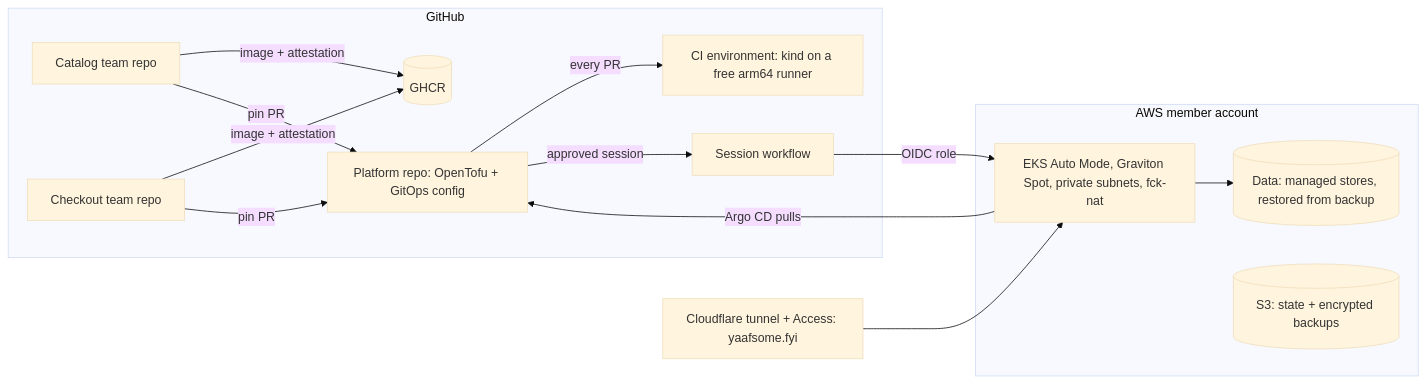
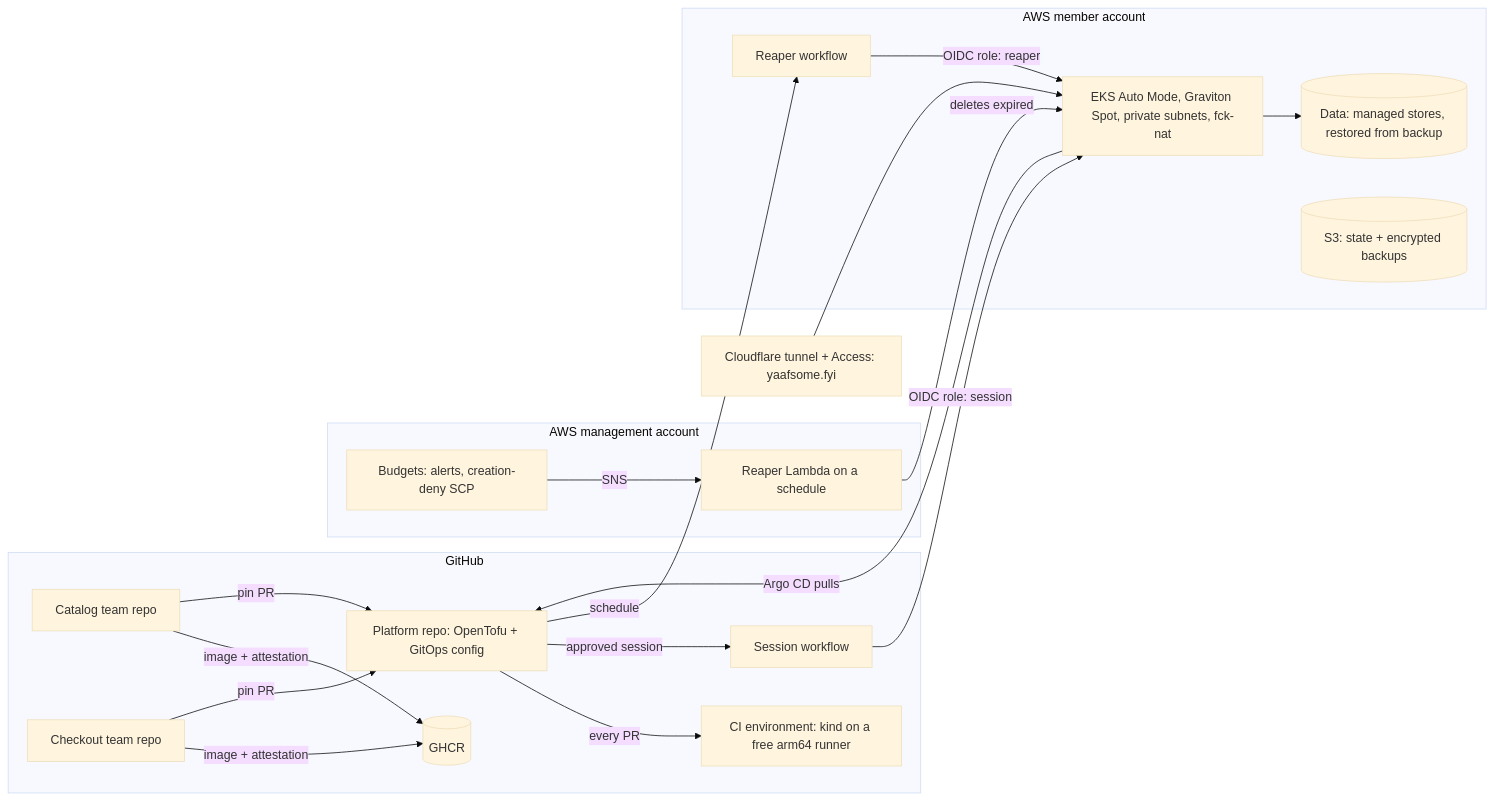
Before and after one commit to ya11so22/yaaf-project: the diagram in PLAN.md, drawn with Mermaid (base theme). The commit also changed other lines of this file, not shown here.

````diff
--- a/PLAN.md
+++ b/PLAN.md
@@ -60,17 +60,23 @@
 ```mermaid
 flowchart LR
   subgraph GitHub
     T1[Catalog team repo] -- image + attestation --> R[(GHCR)]
     T2[Checkout team repo] -- image + attestation --> R
     T1 & T2 -- pin PR --> P[Platform repo: OpenTofu + GitOps config]
     P -- every PR --> CI[CI environment: kind on a free arm64 runner]
     P -- approved session --> S[Session workflow]
   end
+  P -- schedule --> RG[Reaper workflow]
+  subgraph AWS management account
+    BU[Budgets: alerts, creation-deny SCP] -- SNS --> L
+  end
   subgraph AWS member account
-    S -- OIDC role --> E[EKS Auto Mode, Graviton Spot, private subnets, fck-nat]
+    S -- OIDC role: session --> E[EKS Auto Mode, Graviton Spot, private subnets, fck-nat]
+    RG -- OIDC role: reaper --> E
+    L[Reaper Lambda on a schedule] -- deletes expired --> E
     E --> D[(Data: managed stores, restored from backup)]
     B[(S3: state + encrypted backups)]
   end
   E -- Argo CD pulls --> P
   CF[Cloudflare tunnel + Access: yaafsome.fyi] --> E
 ```
````
